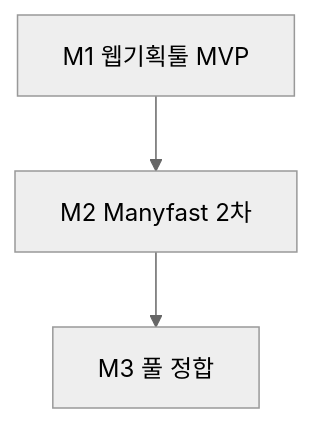
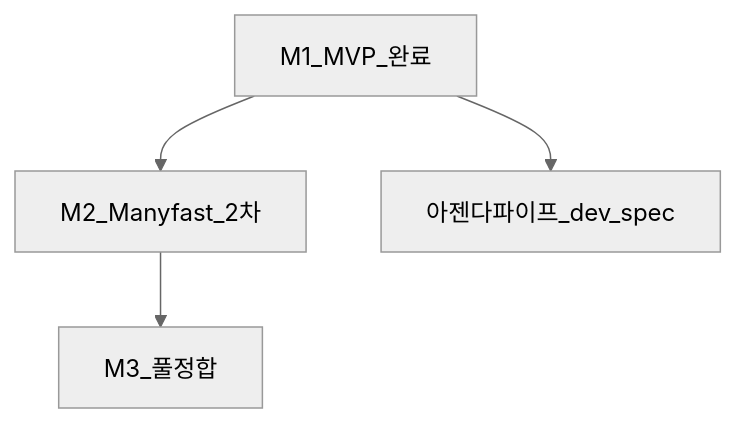
The diagram in .cursor/plans/plannode-ai-logic-v4.md (pseriesadmin/plannode), drawn with Mermaid (neutral theme) before and after one commit. The commit also changed other lines of this file and 5 other files, not shown here.

````diff
--- a/.cursor/plans/plannode-ai-logic-v4.md
+++ b/.cursor/plans/plannode-ai-logic-v4.md
@@ -83,7 +91,10 @@
 ```mermaid
 flowchart TB
-  M1[M1 웹기획툴 MVP]
-  M2[M2 Manyfast 2차]
-  M3[M3 풀 정합]
-  M1 --> M2 --> M3
+  M1[M1_MVP_완료]
+  M2[M2_Manyfast_2차]
+  M3[M3_풀정합]
+  AG[아젠다파이프_dev_spec]
+  M1 --> M2
+  M2 --> M3
+  M1 --> AG
 ```
````
